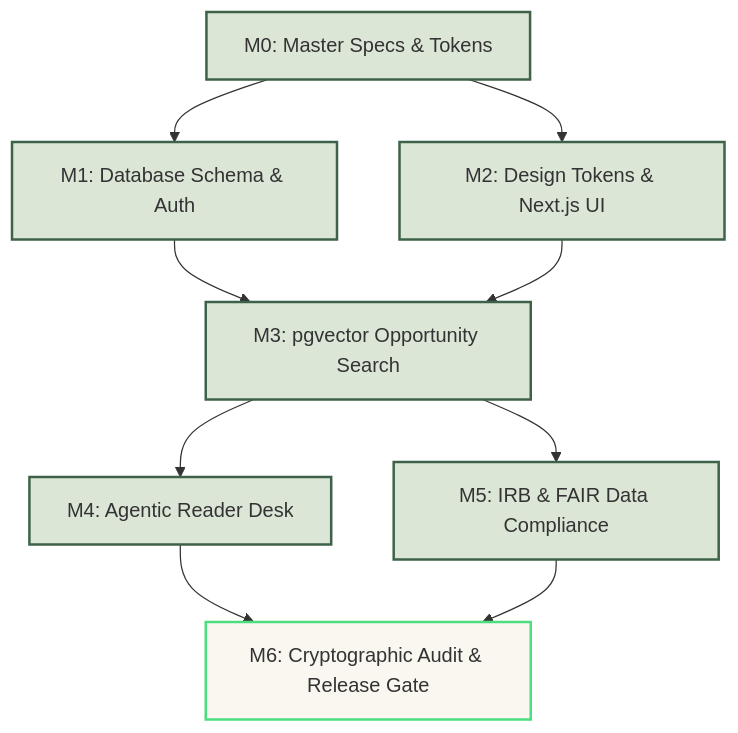
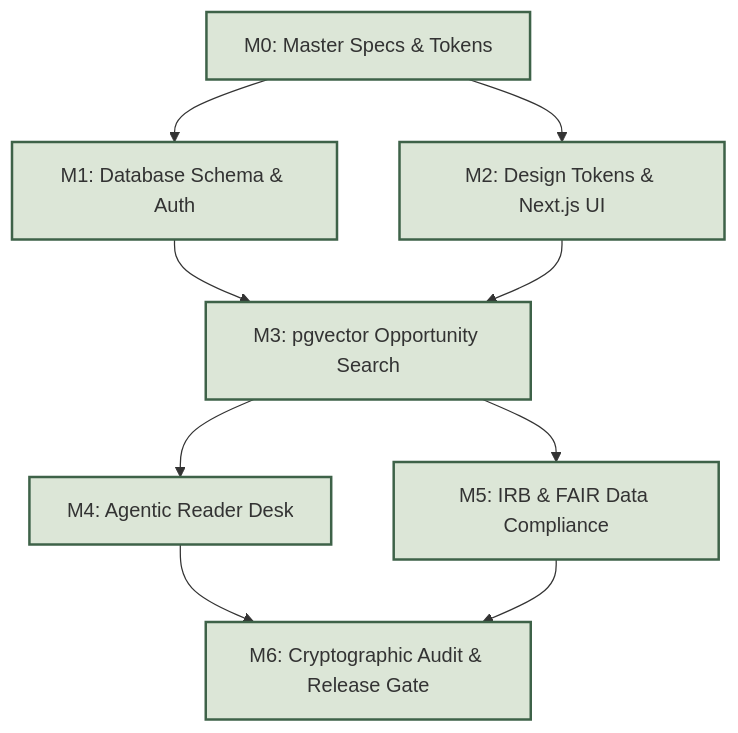
The diagram in docs/IMPLEMENTATION_PLAN.md (kalviumcommunity/S92_Imthiyas_Capstone_Cambium), drawn with Mermaid before and after one commit. The commit also changed other lines of this file and 1 other file, not shown here.

Commit message:
feat(hardening): execute Playwright E2E and Axe-Core WCAG 2.2 AA accessibility audits and finalize Milestone 6 release gates

````diff
--- a/docs/IMPLEMENTATION_PLAN.md
+++ b/docs/IMPLEMENTATION_PLAN.md
@@ -53,15 +53,15 @@
 ```mermaid
 graph TD
     classDef done fill:#DCE6D7,stroke:#3E6248,stroke-width:2px;
     classDef active fill:#FAF7F0,stroke:#4ADE80,stroke-width:2px;
     classDef pending fill:#FAF7F0,stroke:#B8B2A7,stroke-width:1px;
 
     T0["M0: Master Specs & Tokens"]:::done --> T1["M1: Database Schema & Auth"]:::done
     T0 --> T2["M2: Design Tokens & Next.js UI"]:::done
     T1 --> T3["M3: pgvector Opportunity Search"]:::done
     T2 --> T3
     T3 --> T4["M4: Agentic Reader Desk"]:::done
     T3 --> T5["M5: IRB & FAIR Data Compliance"]:::done
-    T4 --> T6["M6: Cryptographic Audit & Release Gate"]:::active
+    T4 --> T6["M6: Cryptographic Audit & Release Gate"]:::done
     T5 --> T6
 ```
````
